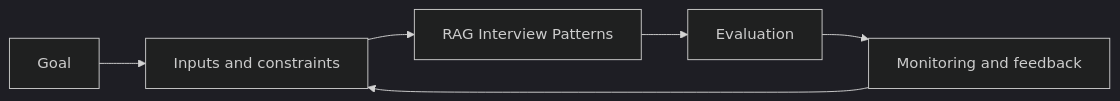
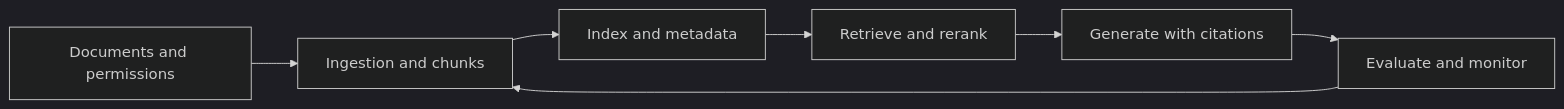
One commit to Icon1cc/Machine-Learning changed the diagram in rag/16-rag-interview-patterns.md. Above: the diagram before and after it, drawn with Mermaid (dark theme). The commit also changed other lines of this file and 20 other files, not shown here.

````diff
--- a/rag/16-rag-interview-patterns.md
+++ b/rag/16-rag-interview-patterns.md
@@ -93,8 +99,9 @@
 ```mermaid
 flowchart LR
-    A[Goal] --> B[Inputs and constraints]
-    B --> C[RAG Interview Patterns]
-    C --> D[Evaluation]
-    D --> E[Monitoring and feedback]
-    E --> B
+    A[Documents and permissions] --> B[Ingestion and chunks]
+    B --> C[Index and metadata]
+    C --> D[Retrieve and rerank]
+    D --> E[Generate with citations]
+    E --> F[Evaluate and monitor]
+    F --> B
 ```
````
